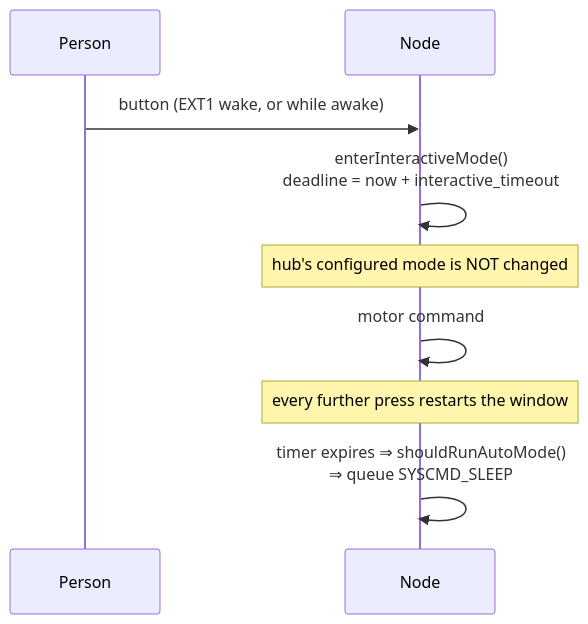
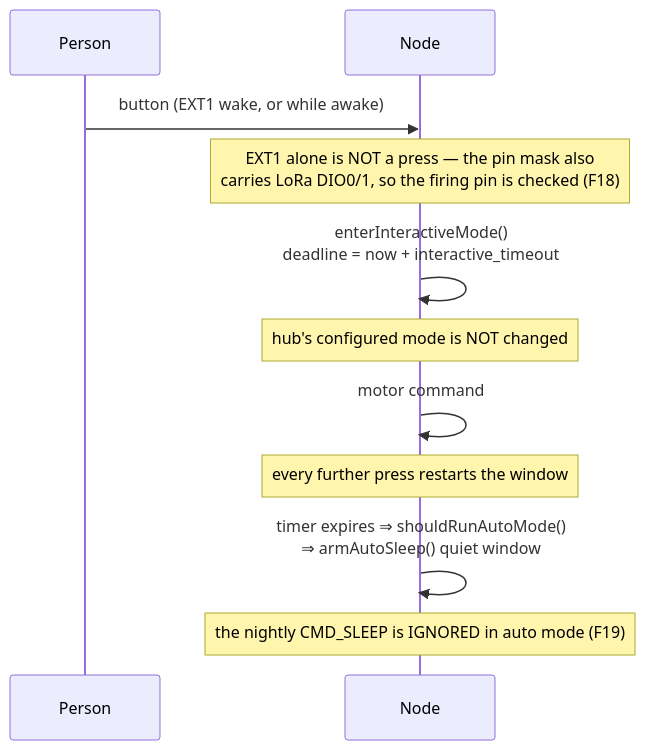
One commit to smirre111/esphome_localcomponents changed the fourth of 7 diagrams in configuration/docs/sequence-charts.md. Above: the diagram before and after it, drawn with Mermaid. The commit also changed other lines of this file, not shown here.

First line of the commit message:
docs: bring all sequence charts up to current behaviour

````diff
--- a/configuration/docs/sequence-charts.md
+++ b/configuration/docs/sequence-charts.md
@@ -165,11 +170,13 @@
 ```mermaid
 sequenceDiagram
     participant U as Person
     participant N as Node
     U->>N: button (EXT1 wake, or while awake)
+    Note over N: EXT1 alone is NOT a press — the pin mask also<br/>carries LoRa DIO0/1, so the firing pin is checked (F18)
     N->>N: enterInteractiveMode()<br/>deadline = now + interactive_timeout
     Note over N: hub's configured mode is NOT changed
     N->>N: motor command
     Note over N: every further press restarts the window
-    N->>N: timer expires ⇒ shouldRunAutoMode()<br/>⇒ queue SYSCMD_SLEEP
+    N->>N: timer expires ⇒ shouldRunAutoMode()<br/>⇒ armAutoSleep() quiet window
+    Note over N: the nightly CMD_SLEEP is IGNORED in auto mode (F19)
 ```
````
